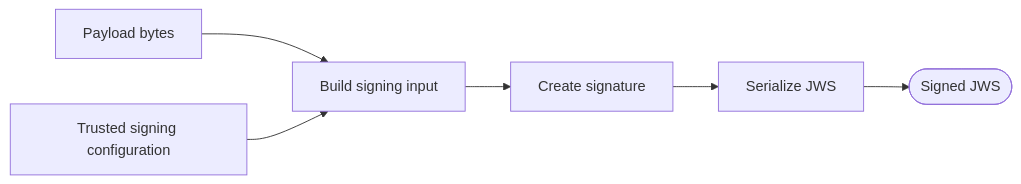
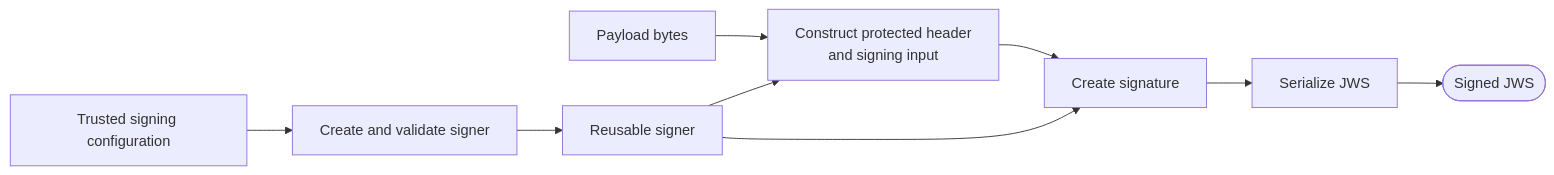
One commit to mkbeh/xjose changed the sixth of 20 diagrams in DESIGN.md. Above: the diagram before and after it, drawn with Mermaid. The commit also changed other lines of this file, not shown here.

Commit message:
docs: refine architectural design

````diff
--- a/DESIGN.md
+++ b/DESIGN.md
@@ -298,14 +317,19 @@
 ```mermaid
 flowchart LR
+    Config[Trusted signing configuration]
+    Create[Create and validate signer]
+    Signer[Reusable signer]
     Payload[Payload bytes]
-    Config[Trusted signing configuration]
-    Input[Build signing input]
+    Input[Construct protected header<br/>and signing input]
     Sign[Create signature]
     Serialize[Serialize JWS]
     Message([Signed JWS])
+    Config --> Create
+    Create --> Signer
     Payload --> Input
-    Config --> Input
+    Signer --> Input
     Input --> Sign
+    Signer --> Sign
     Sign --> Serialize
     Serialize --> Message
 ```
````
